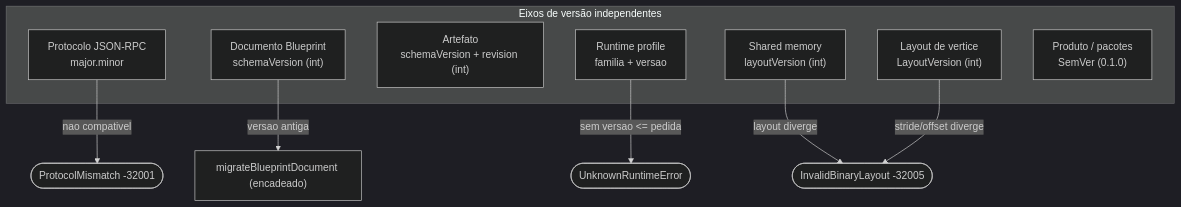
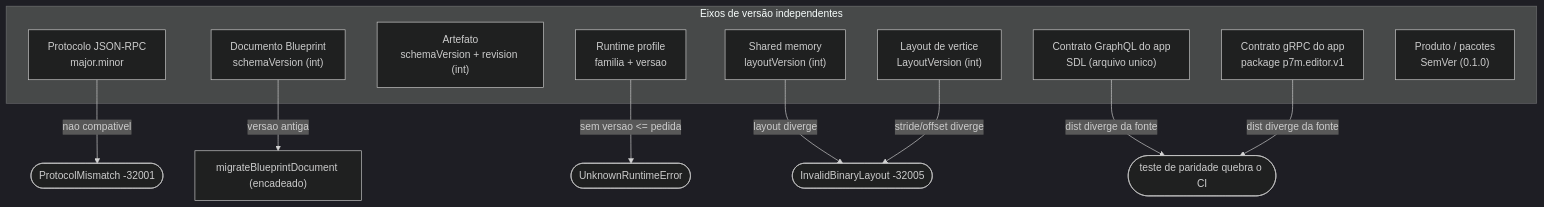
The diagram in docs/COMPATIBILITY.md (flaviotinococoutinho/Gridsmith), drawn with Mermaid (dark theme) before and after one commit. The commit also changed other lines of this file and 49 other files, not shown here.

````diff
--- a/docs/COMPATIBILITY.md
+++ b/docs/COMPATIBILITY.md
@@ -12,17 +12,21 @@
 ```mermaid
 graph TD
   subgraph AX["Eixos de versão independentes"]
     P["Protocolo JSON-RPC<br/>major.minor"]
     B["Documento Blueprint<br/>schemaVersion (int)"]
     A["Artefato<br/>schemaVersion + revision (int)"]
     R["Runtime profile<br/>familia + versao"]
     SM["Shared memory<br/>layoutVersion (int)"]
     V["Layout de vertice<br/>LayoutVersion (int)"]
+    G["Contrato GraphQL do app<br/>SDL (arquivo unico)"]
+    GR["Contrato gRPC do app<br/>package p7m.editor.v1"]
     PR["Produto / pacotes<br/>SemVer (0.1.0)"]
   end
   P -->|"nao compativel"| e1(["ProtocolMismatch -32001"])
   B -->|"versao antiga"| m1["migrateBlueprintDocument (encadeado)"]
   R -->|"sem versao <= pedida"| e2(["UnknownRuntimeError"])
   SM -->|"layout diverge"| e3(["InvalidBinaryLayout -32005"])
   V -->|"stride/offset diverge"| e3
+  G -->|"dist diverge da fonte"| e4(["teste de paridade quebra o CI"])
+  GR -->|"dist diverge da fonte"| e4
 ```
````
